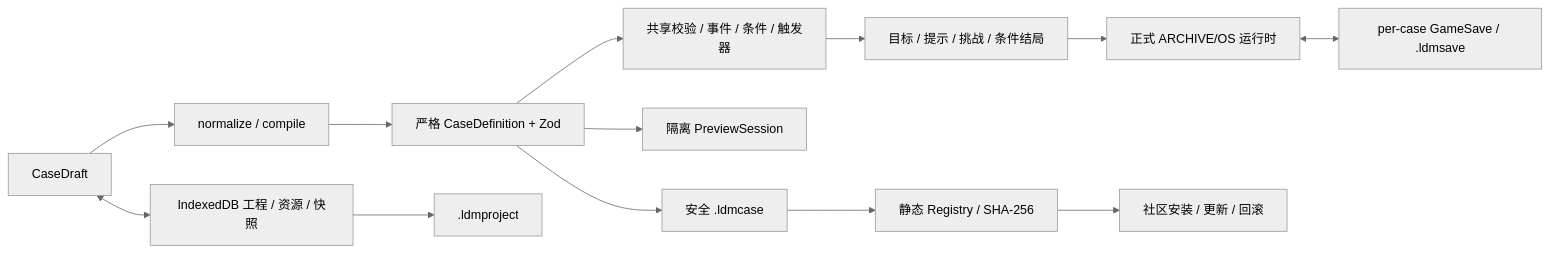
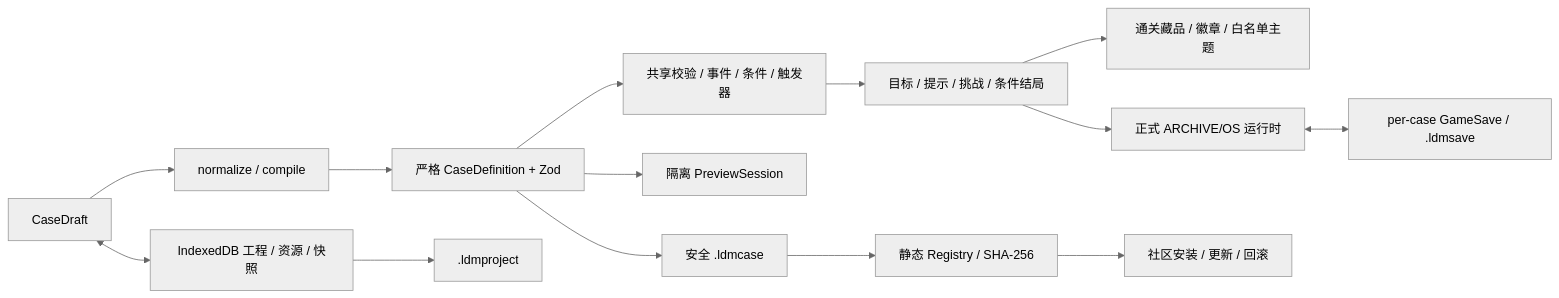
One commit to PHLXXX/lost-desktop-museum changed the diagram in README.md. Above: the diagram before and after it, drawn with Mermaid (neutral theme). The commit also changed other lines of this file and 7 other files, not shown here.

````diff
--- a/README.md
+++ b/README.md
@@ -85,15 +90,16 @@
 ```mermaid
 flowchart LR
   A[CaseDraft] --> B[normalize / compile]
   B --> C[严格 CaseDefinition + Zod]
   C --> D[共享校验 / 事件 / 条件 / 触发器]
   D --> M[目标 / 提示 / 挑战 / 条件结局]
+  M --> R[通关藏品 / 徽章 / 白名单主题]
   M --> E[正式 ARCHIVE/OS 运行时]
   A <--> F[IndexedDB 工程 / 资源 / 快照]
   C --> G[隔离 PreviewSession]
   C --> H[安全 .ldmcase]
   H --> K[静态 Registry / SHA-256]
   K --> L[社区安装 / 更新 / 回滚]
   F --> I[.ldmproject]
   E <--> J[per-case GameSave / .ldmsave]
 ```
````
